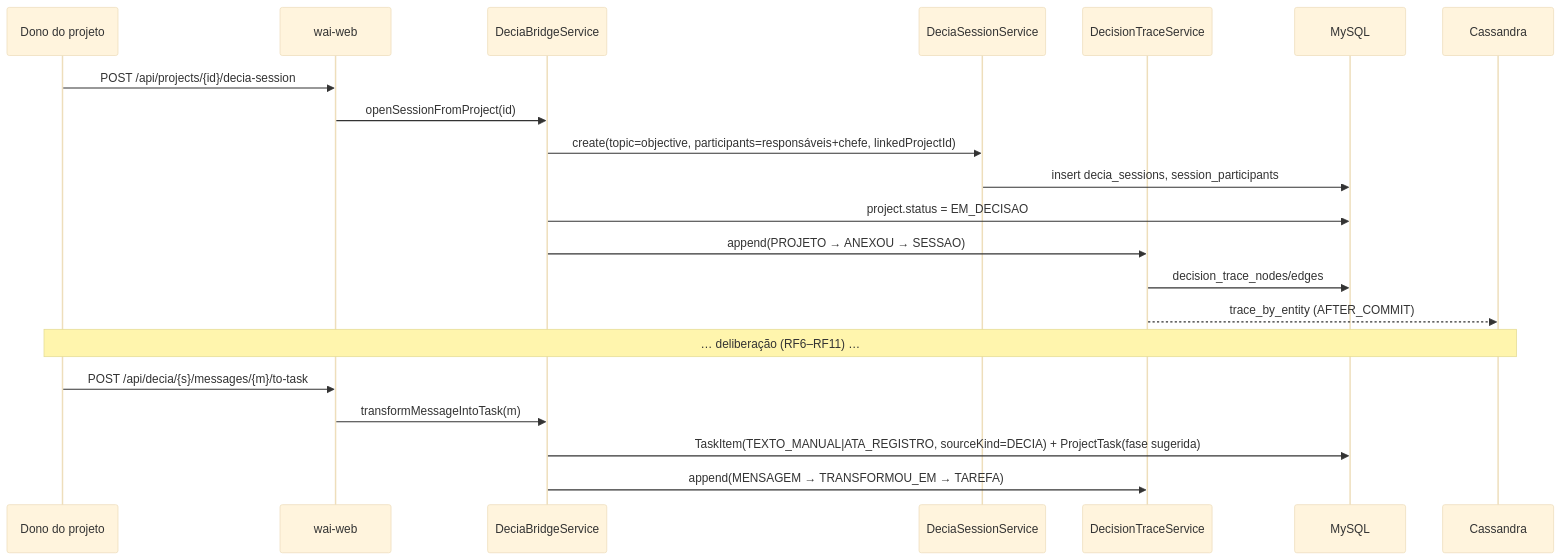
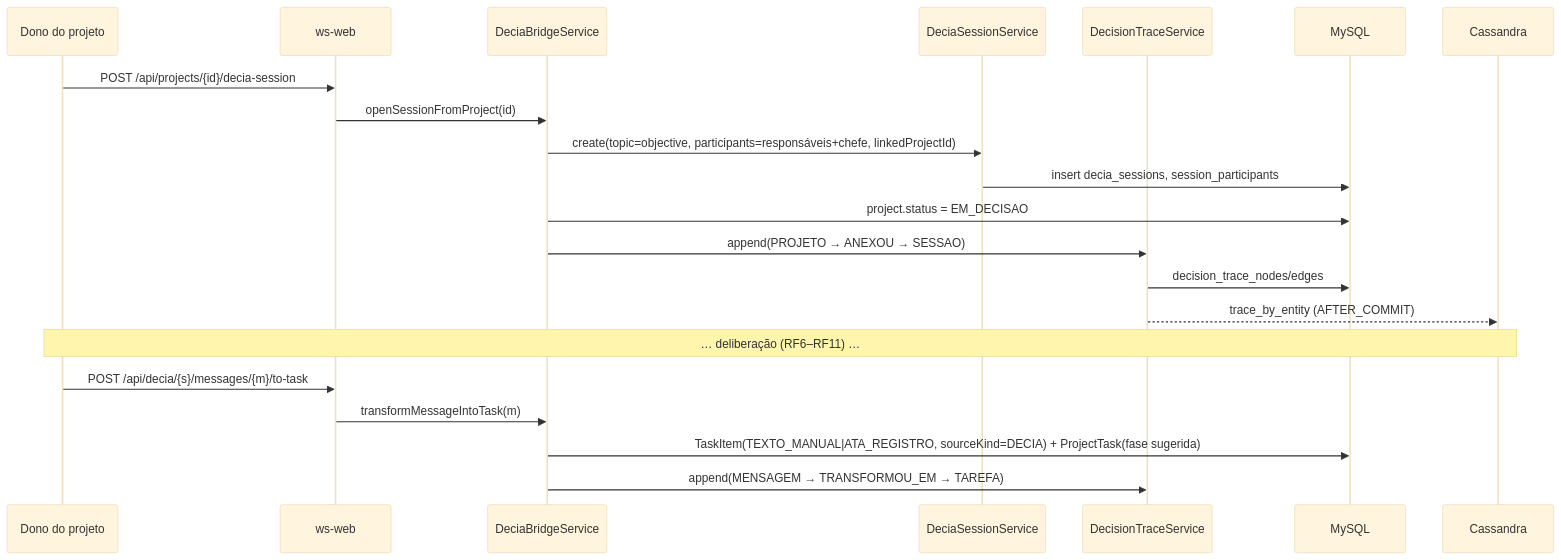
The third of 4 diagrams in docs/arquitetura/ARQUITETURA.md (MatheusHaliski/Decia-app-2026), drawn with Mermaid (base theme) before and after one commit. The commit also changed other lines of this file and 65 other files, not shown here.

First line of the commit message:
docs: renomeia o produto para Work Station (módulos ws-*), UserPreferences no diagrama v1, RF44/RF45 ajustados, design system (tokens, components.css, 66 ícones, 112 anatomias SVG, galeria e capturas) e dúvidas Q-36..Q-43

````diff
--- a/docs/arquitetura/ARQUITETURA.md
+++ b/docs/arquitetura/ARQUITETURA.md
@@ -97,23 +99,23 @@
 ```mermaid
 sequenceDiagram
   participant U as Dono do projeto
-  participant W as wai-web
+  participant W as ws-web
   participant B as DeciaBridgeService
   participant S as DeciaSessionService
   participant T as DecisionTraceService
   participant DB as MySQL
   participant C as Cassandra
   U->>W: POST /api/projects/{id}/decia-session
   W->>B: openSessionFromProject(id)
   B->>S: create(topic=objective, participants=responsáveis+chefe, linkedProjectId)
   S->>DB: insert decia_sessions, session_participants
   B->>DB: project.status = EM_DECISAO
   B->>T: append(PROJETO → ANEXOU → SESSAO)
   T->>DB: decision_trace_nodes/edges
   T-->>C: trace_by_entity (AFTER_COMMIT)
   Note over U,C: … deliberação (RF6–RF11) …
   U->>W: POST /api/decia/{s}/messages/{m}/to-task
   W->>B: transformMessageIntoTask(m)
   B->>DB: TaskItem(TEXTO_MANUAL|ATA_REGISTRO, sourceKind=DECIA) + ProjectTask(fase sugerida)
   B->>T: append(MENSAGEM → TRANSFORMOU_EM → TAREFA)
 ```
````
